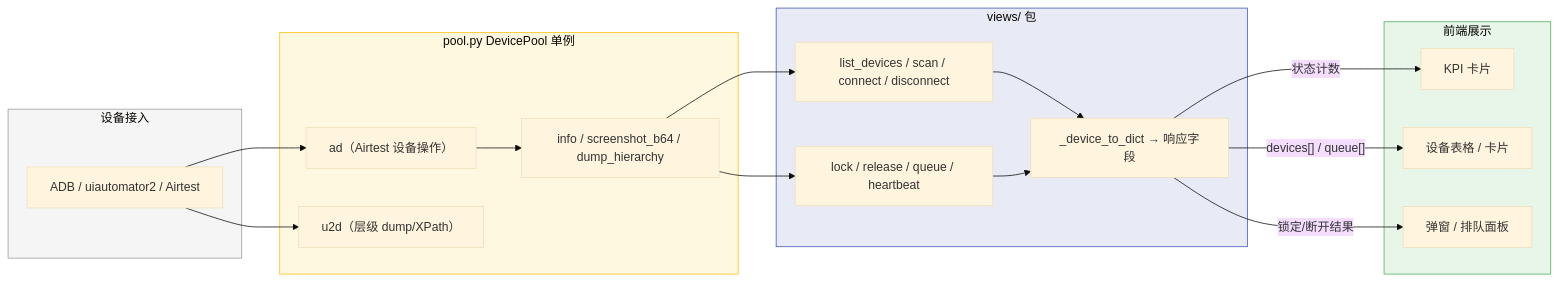
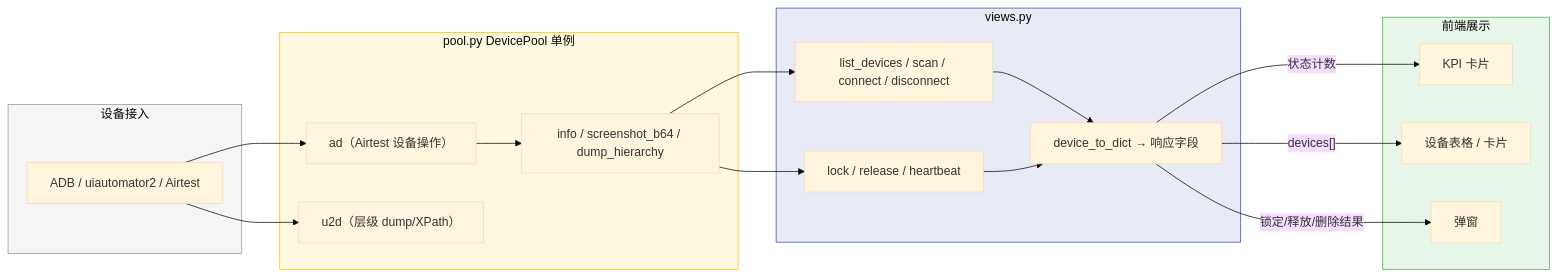
One commit to Kahoku-lazy/Android-AutoTests changed the third of 6 diagrams in dev_docs/03-设计与架构/ARCH-02-设备管理.md. Above: the diagram before and after it, drawn with Mermaid (base theme). The commit also changed other lines of this file and 16 other files, not shown here.

````diff
--- a/dev_docs/03-设计与架构/ARCH-02-设备管理.md
+++ b/dev_docs/03-设计与架构/ARCH-02-设备管理.md
@@ -98,40 +97,40 @@
 ```mermaid
 flowchart LR
     subgraph SRC["设备接入"]
         DEV["ADB / uiautomator2 / Airtest"]
     end
 
     subgraph POOL["pool.py DevicePool 单例"]
         P1["ad（Airtest 设备操作）"]
         P2["u2d（层级 dump/XPath）"]
         P3["info / screenshot_b64 / dump_hierarchy"]
     end
 
-    subgraph VIEWS["views/ 包"]
+    subgraph VIEWS["views.py"]
         V1["list_devices / scan / connect / disconnect"]
-        V2["lock / release / queue / heartbeat"]
-        V3["_device_to_dict → 响应字段"]
+        V2["lock / release / heartbeat"]
+        V3["device_to_dict → 响应字段"]
     end
 
     subgraph FE["前端展示"]
         CARD["KPI 卡片"]
         TABLE["设备表格 / 卡片"]
-        DIALOG["弹窗 / 排队面板"]
+        DIALOG["弹窗"]
     end
 
     DEV --> P1
     DEV --> P2
     P1 --> P3
     P3 --> V1
     P3 --> V2
     V1 --> V3
     V2 --> V3
-    V3 -->|"devices[] / queue[]"| TABLE
+    V3 -->|"devices[]"| TABLE
     V3 -->|"状态计数"| CARD
-    V3 -->|"锁定/断开结果"| DIALOG
+    V3 -->|"锁定/释放/删除结果"| DIALOG
 
     style SRC fill:#f5f5f5,stroke:#999
     style POOL fill:#fff8e1,stroke:#ffc107
     style VIEWS fill:#e8eaf6,stroke:#3f51b5
     style FE fill:#e8f5e9,stroke:#4caf50
 ```
````
